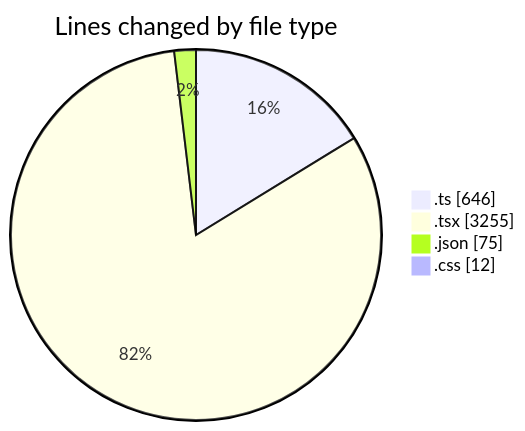
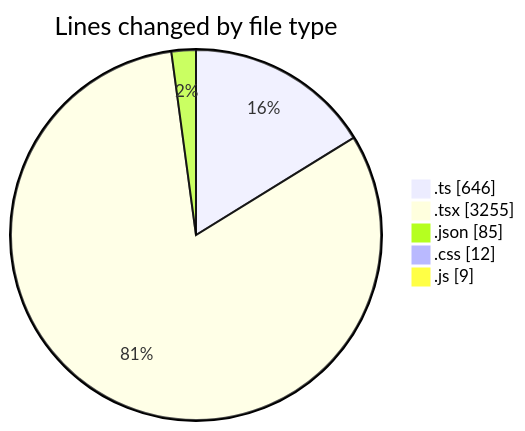
One commit to robertbonfada/code-tracking changed the first of 2 diagrams in 2025-01-27/termonied-web/README.md. Above: the diagram before and after it, drawn with Mermaid. The commit also changed other lines of this file and 1 other file, not shown here.

````diff
--- a/2025-01-27/termonied-web/README.md
+++ b/2025-01-27/termonied-web/README.md
@@ -38,8 +40,9 @@
 ```mermaid
 pie showData
 title Lines changed by file type
 ".ts" : 646
 ".tsx" : 3255
-".json" : 75
+".json" : 85
 ".css" : 12
+".js" : 9
 ```
````
